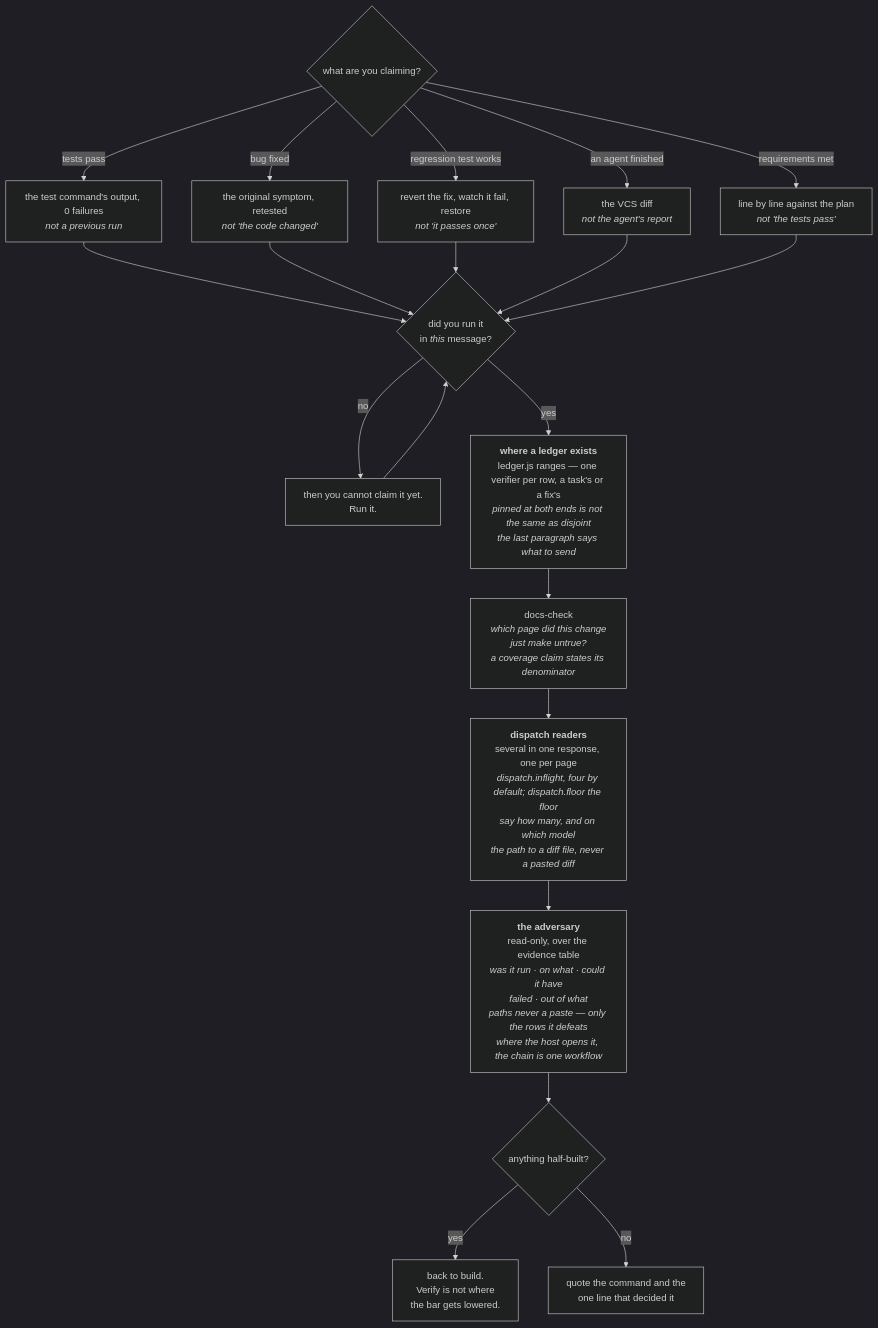
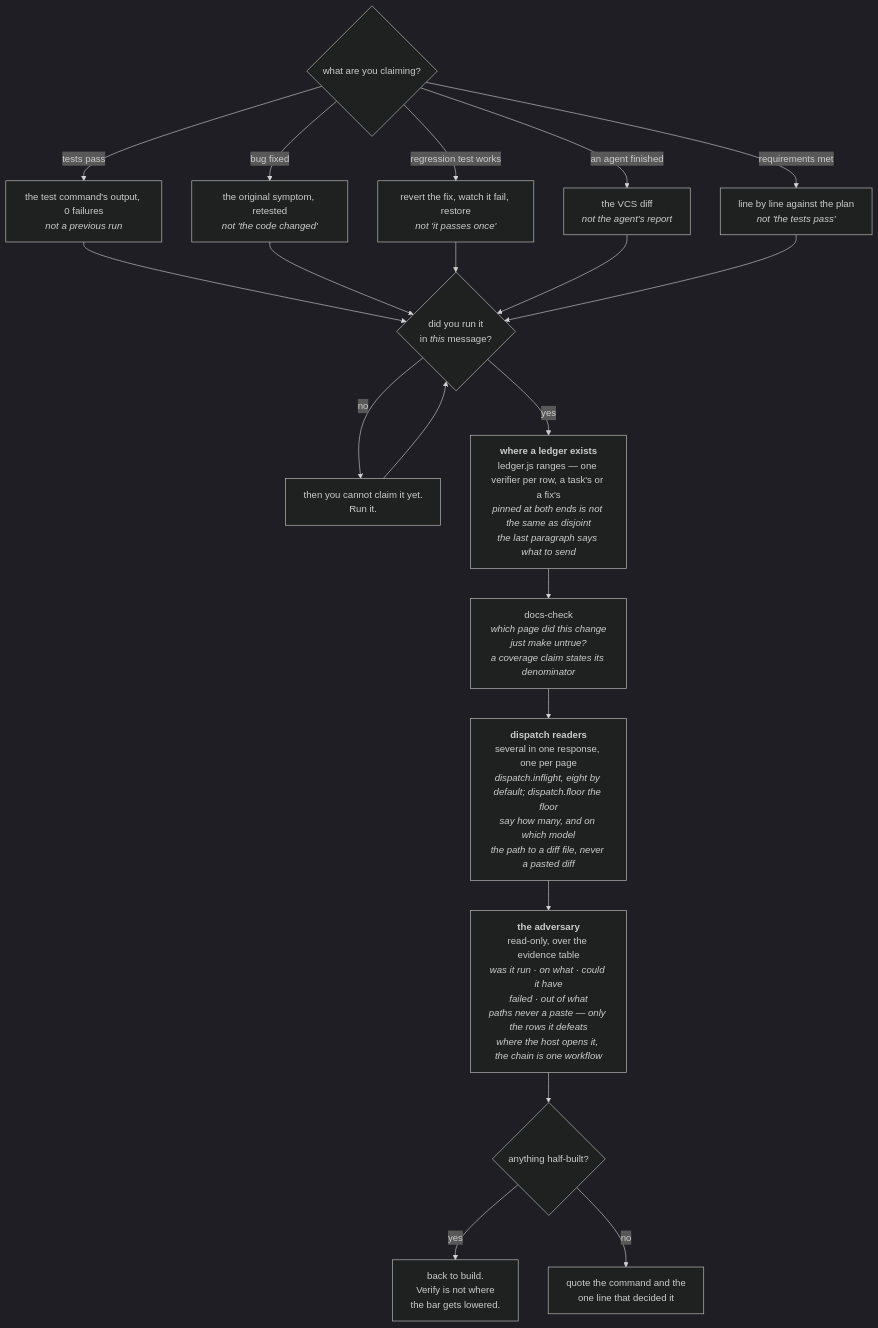
One commit to FanFantom9452/FanKeel changed the sixth of 8 diagrams in docs/02-architecture/pipeline.md. Above: the diagram before and after it, drawn with Mermaid (dark theme). The commit also changed other lines of this file and 2 other files, not shown here.

First line of the commit message:
docs: the pipeline and subagents pages say eight

````diff
--- a/docs/02-architecture/pipeline.md
+++ b/docs/02-architecture/pipeline.md
@@ -651,38 +651,38 @@
 ```mermaid
 flowchart TD
     A{"what are you claiming?"}
     A1["the test command's output, 0 failures<br/><i>not a previous run</i>"]
     A2["the original symptom, retested<br/><i>not 'the code changed'</i>"]
     A3["revert the fix, watch it fail, restore<br/><i>not 'it passes once'</i>"]
     A4["the VCS diff<br/><i>not the agent's report</i>"]
     A5["line by line against the plan<br/><i>not 'the tests pass'</i>"]
     B{"did you run it<br/>in <i>this</i> message?"}
     C["then you cannot claim it yet.<br/>Run it."]
     D0["<b>where a ledger exists</b><br/>ledger.js ranges — one verifier per row, a task's or a fix's<br/><i>pinned at both ends is not the same as disjoint</i><br/><i>the last paragraph says what to send</i>"]
     D["docs-check<br/><i>which page did this change<br/>just make untrue?</i><br/><i>a coverage claim states its denominator</i>"]
-    D1["<b>dispatch readers</b><br/>several in one response, one per page<br/><i>dispatch.inflight, four by default; dispatch.floor the floor</i><br/><i>say how many, and on which model</i><br/><i>the path to a diff file, never a pasted diff</i>"]
+    D1["<b>dispatch readers</b><br/>several in one response, one per page<br/><i>dispatch.inflight, eight by default; dispatch.floor the floor</i><br/><i>say how many, and on which model</i><br/><i>the path to a diff file, never a pasted diff</i>"]
     D2["<b>the adversary</b><br/>read-only, over the evidence table<br/><i>was it run · on what · could it have<br/>failed · out of what</i><br/><i>paths never a paste — only the rows it defeats</i><br/><i>where the host opens it, the chain is one workflow</i>"]
     E{"anything half-built?"}
     F["back to build.<br/>Verify is not where<br/>the bar gets lowered."]
     G["quote the command and the<br/>one line that decided it"]
 
     A -- "tests pass" --> A1
     A -- "bug fixed" --> A2
     A -- "regression test works" --> A3
     A -- "an agent finished" --> A4
     A -- "requirements met" --> A5
     A1 --> B
     A2 --> B
     A3 --> B
     A4 --> B
     A5 --> B
     B -- no --> C
     C --> B
     B -- yes --> D0
     D0 --> D
     D --> D1
     D1 --> D2
     D2 --> E
     E -- yes --> F
     E -- no --> G
 ```
````
